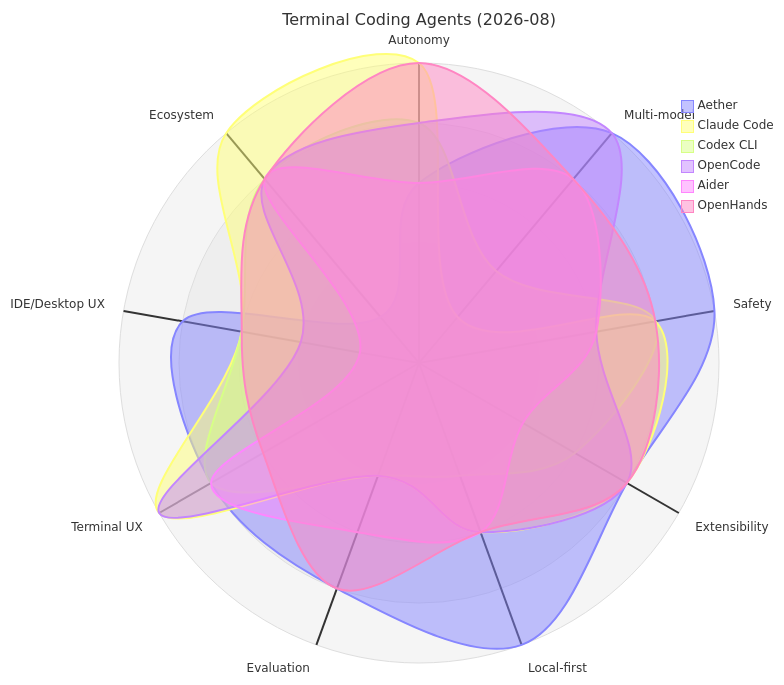
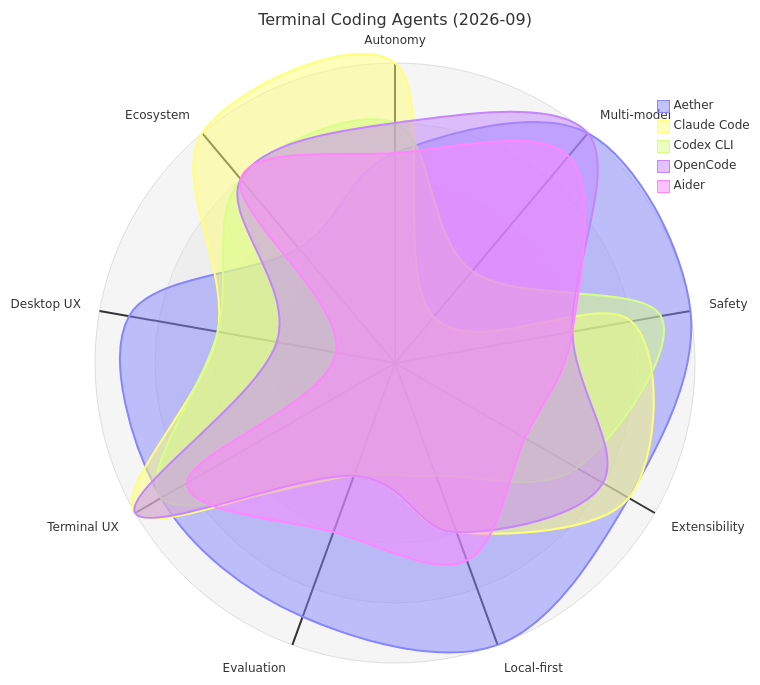
Before and after one commit to TQSY114514/Aether: the first of 3 diagrams in docs/competitive-analysis.md, drawn with Mermaid. The commit also changed other lines of this file and 4 other files, not shown here.

````diff
--- a/docs/competitive-analysis.md
+++ b/docs/competitive-analysis.md
@@ -49,13 +59,12 @@
 ```mermaid
 radar-beta
-  title Terminal Coding Agents (2026-08)
-  axis aut["Autonomy"], mm["Multi-model"], saf["Safety"], ext["Extensibility"], loc["Local-first"], eva["Evaluation"], tux["Terminal UX"], dux["IDE/Desktop UX"], eco["Ecosystem"]
-  curve aether["Aether"]{3, 5, 5, 4, 5, 4, 4, 4, 1}
-  curve claude["Claude Code"]{5, 1, 4, 4, 3, 2, 5, 3, 5}
-  curve codex["Codex CLI"]{4, 2, 4, 3, 2, 2, 4, 3, 4}
-  curve opencode["OpenCode"]{4, 5, 3, 4, 3, 2, 5, 2, 4}
-  curve aider["Aider"]{3, 4, 3, 2, 3, 3, 4, 1, 4}
-  curve openhands["OpenHands"]{5, 4, 4, 4, 3, 4, 3, 3, 4}
+  title Terminal Coding Agents (2026-09)
+  axis aut["Autonomy"], mm["Multi-model"], saf["Safety"], ext["Extensibility"], loc["Local-first"], eva["Evaluation"], tux["Terminal UX"], dux["Desktop UX"], eco["Ecosystem"]
+  curve aether["Aether"]{3.5, 5.0, 5.0, 4.5, 5.0, 4.5, 4.5, 4.5, 2.5}
+  curve claude["Claude Code"]{5.0, 1.0, 4.0, 4.5, 3.0, 2.0, 5.0, 3.0, 5.0}
+  curve codex["Codex CLI"]{4.0, 2.0, 4.5, 3.5, 2.0, 2.0, 4.5, 3.0, 4.0}
+  curve opencode["OpenCode"]{4.0, 5.0, 3.0, 4.0, 3.0, 2.0, 5.0, 2.0, 4.0}
+  curve aider["Aider"]{3.5, 4.5, 3.0, 2.5, 3.5, 3.0, 4.0, 1.0, 4.0}
   max 5
   min 0
 ```
````
